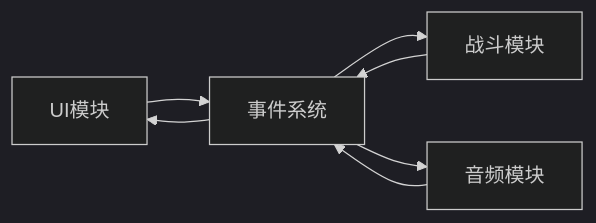
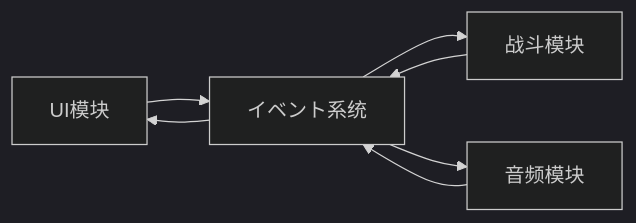
The fifth of 6 diagrams in docs/ja/client/unity/component/event/04.features.md (AlianBlank/GameFrameX.Docs), drawn with Mermaid (dark theme) before and after one commit. The commit also changed other lines of this file and 603 other files, not shown here.

````diff
--- a/docs/ja/client/unity/component/event/04.features.md
+++ b/docs/ja/client/unity/component/event/04.features.md
@@ -328,10 +328,10 @@
 ```mermaid
 flowchart LR
-    UI[UI模块] --> E[事件系统]
+    UI[UI模块] --> E[イベント系统]
     Battle[战斗模块] --> E
     Audio[音频模块] --> E
     
     E --> UI
     E --> Battle
     E --> Audio
 ```
````
